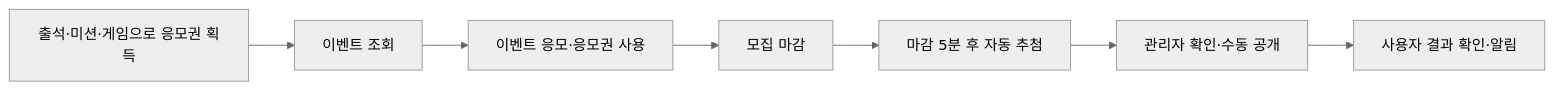
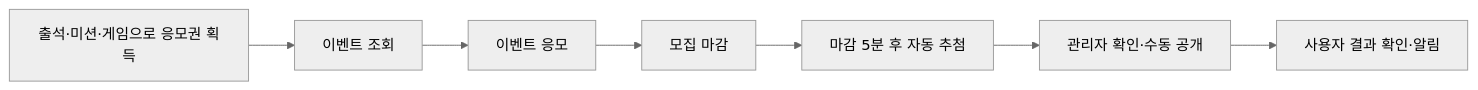
The first of 16 diagrams in README.md (GETDDO/getddo-be), drawn with Mermaid (neutral theme) before and after one commit. The commit also changed other lines of this file and 2 other files, not shown here.

````diff
--- a/README.md
+++ b/README.md
@@ -50,9 +34,9 @@
 ```mermaid
 flowchart LR
     Earn["출석·미션·게임으로 응모권 획득"] --> Browse["이벤트 조회"]
-    Browse --> Enter["이벤트 응모·응모권 사용"]
+    Browse --> Enter["이벤트 응모"]
     Enter --> Close["모집 마감"]
     Close --> Draw["마감 5분 후 자동 추첨"]
     Draw --> Review["관리자 확인·수동 공개"]
     Review --> Result["사용자 결과 확인·알림"]
 ```
````
